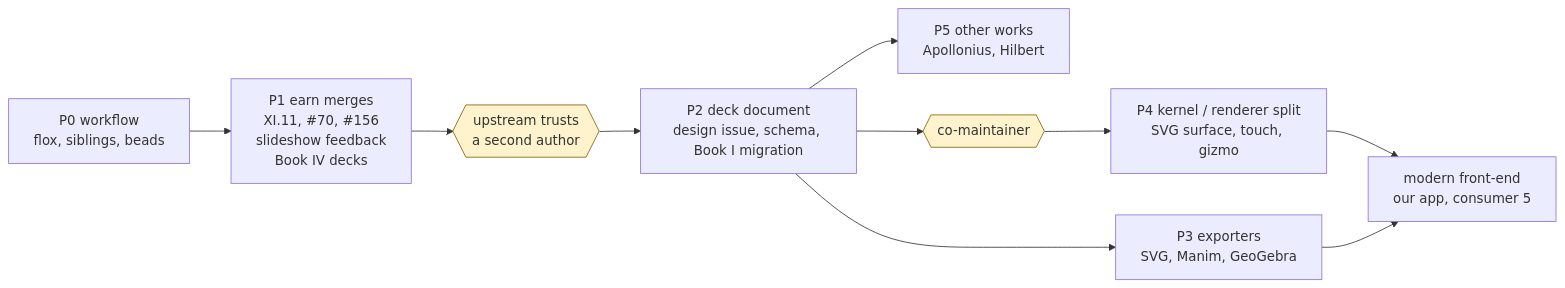
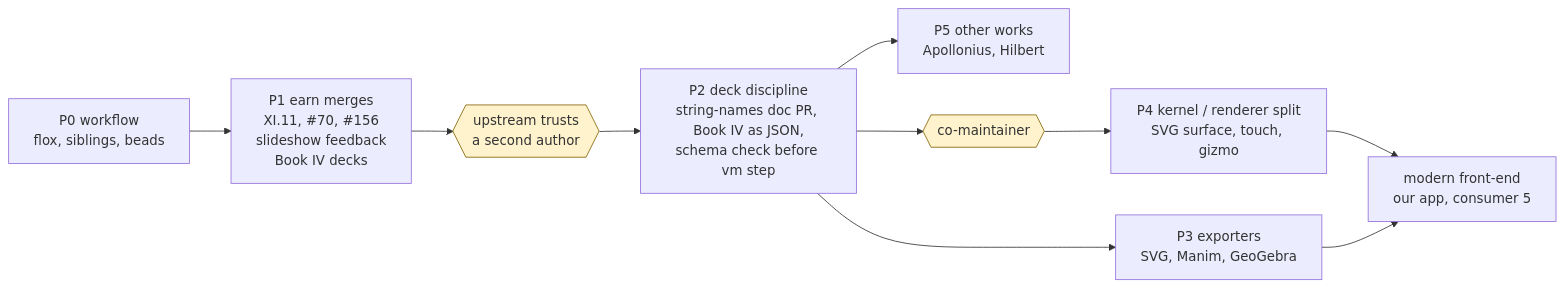
The fifth of 5 diagrams in docs/architecture.md (imkarrer/preservation-workbench), drawn with Mermaid before and after one commit. The commit also changed other lines of this file and 4 other files, not shown here.

Commit message:
Reframe ADR 0002 after research: authoring discipline for the 403 remaining decks, not an architecture proposal; plan + diagrams updated; research notes for geomlib internals and lektor pipeline

````diff
--- a/docs/architecture.md
+++ b/docs/architecture.md
@@ -100,14 +108,14 @@
 ```mermaid
 flowchart LR
     P0[P0 workflow<br/>flox, siblings, beads] --> P1
     P1[P1 earn merges<br/>XI.11, #70, #156<br/>slideshow feedback<br/>Book IV decks] --> G1{{upstream trusts<br/>a second author}}
-    G1 --> P2[P2 deck document<br/>design issue, schema, Book I migration]
+    G1 --> P2[P2 deck discipline<br/>string-names doc PR, Book IV as JSON,<br/>schema check before vm step]
     P2 --> P3[P3 exporters<br/>SVG, Manim, GeoGebra]
     P2 --> P5[P5 other works<br/>Apollonius, Hilbert]
     P2 --> G2{{co-maintainer}}
     G2 --> P4[P4 kernel / renderer split<br/>SVG surface, touch, gizmo]
     P4 --> M[modern front-end<br/>our app, consumer 5]
     P3 --> M
     style G1 fill:#fff3cd,stroke:#856404
     style G2 fill:#fff3cd,stroke:#856404
 ```
````
